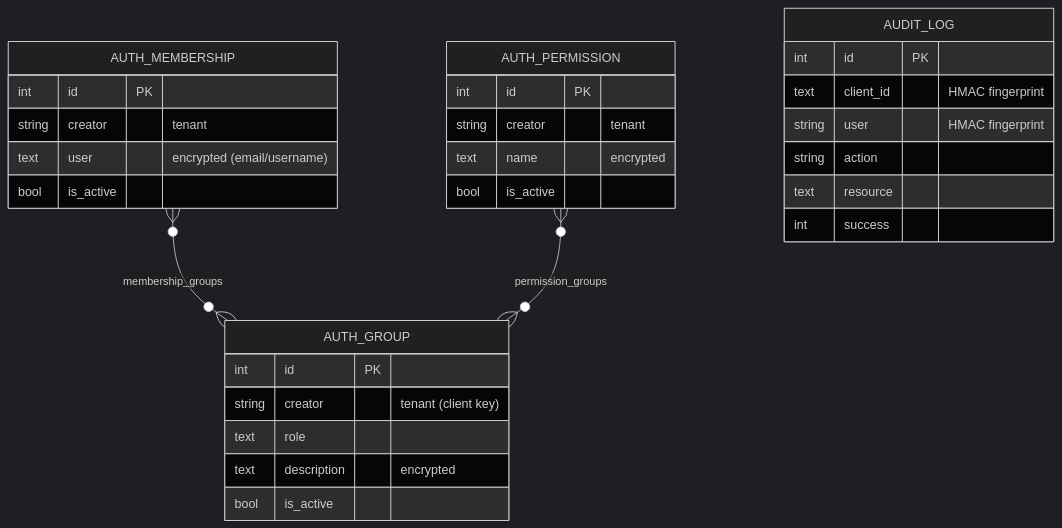
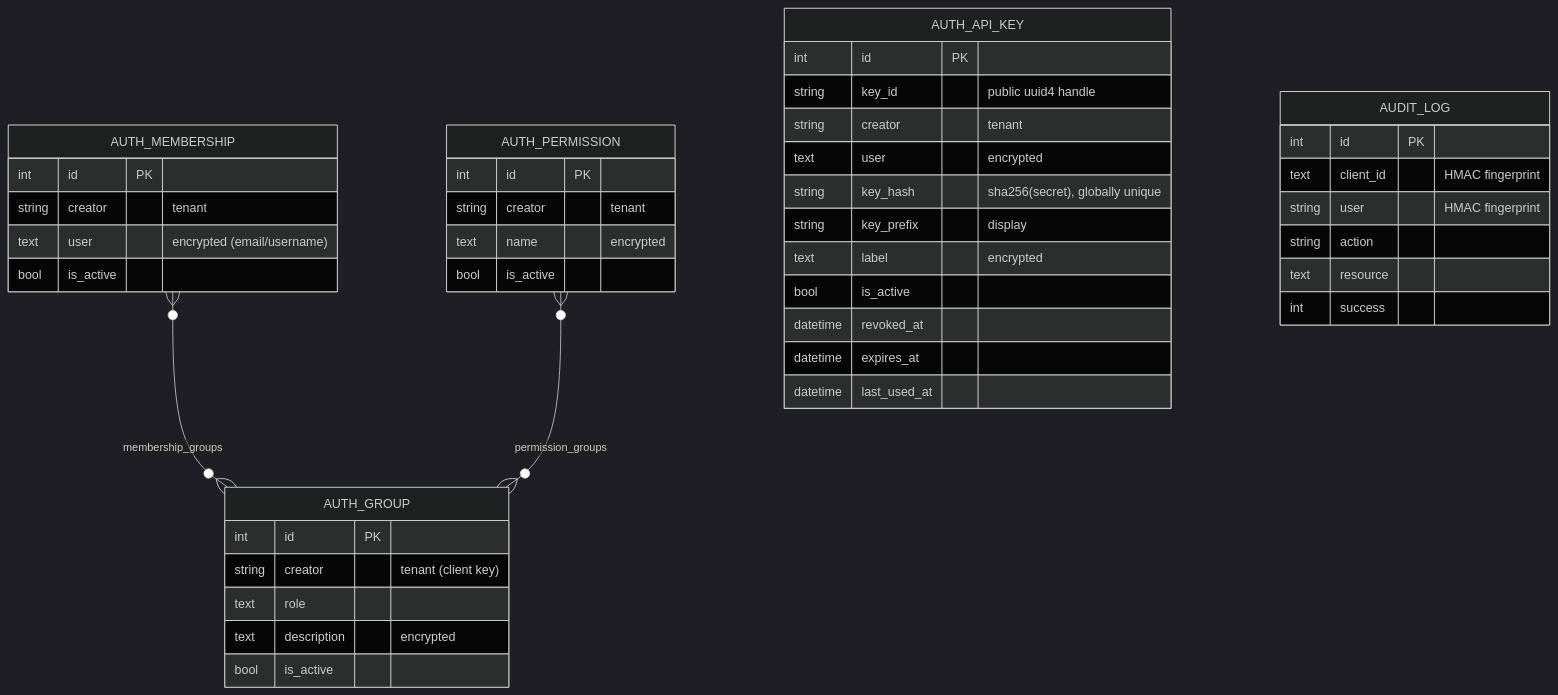
The fourth of 7 diagrams in docs/ARCHITECTURE.md (ourway/auth), drawn with Mermaid (dark theme) before and after one commit. The commit also changed other lines of this file and 22 other files, not shown here.

First line of the commit message:
feat: per-user API keys — create/list/revoke/validate under /api/apikeys/* (issuedb #9)

````diff
--- a/docs/ARCHITECTURE.md
+++ b/docs/ARCHITECTURE.md
@@ -111,32 +111,45 @@
 ```mermaid
 erDiagram
   AUTH_GROUP {
     int id PK
     string creator "tenant (client key)"
     text role
     text description "encrypted"
     bool is_active
   }
   AUTH_MEMBERSHIP {
     int id PK
     string creator "tenant"
     text user "encrypted (email/username)"
     bool is_active
   }
   AUTH_PERMISSION {
     int id PK
     string creator "tenant"
     text name "encrypted"
     bool is_active
   }
+  AUTH_API_KEY {
+    int id PK
+    string key_id "public uuid4 handle"
+    string creator "tenant"
+    text user "encrypted"
+    string key_hash "sha256(secret), globally unique"
+    string key_prefix "display"
+    text label "encrypted"
+    bool is_active
+    datetime revoked_at
+    datetime expires_at
+    datetime last_used_at
+  }
   AUDIT_LOG {
     int id PK
     text client_id "HMAC fingerprint"
     string user "HMAC fingerprint"
     string action
     text resource
     int success
   }
   AUTH_MEMBERSHIP }o--o{ AUTH_GROUP : membership_groups
   AUTH_PERMISSION }o--o{ AUTH_GROUP : permission_groups
 ```
````
